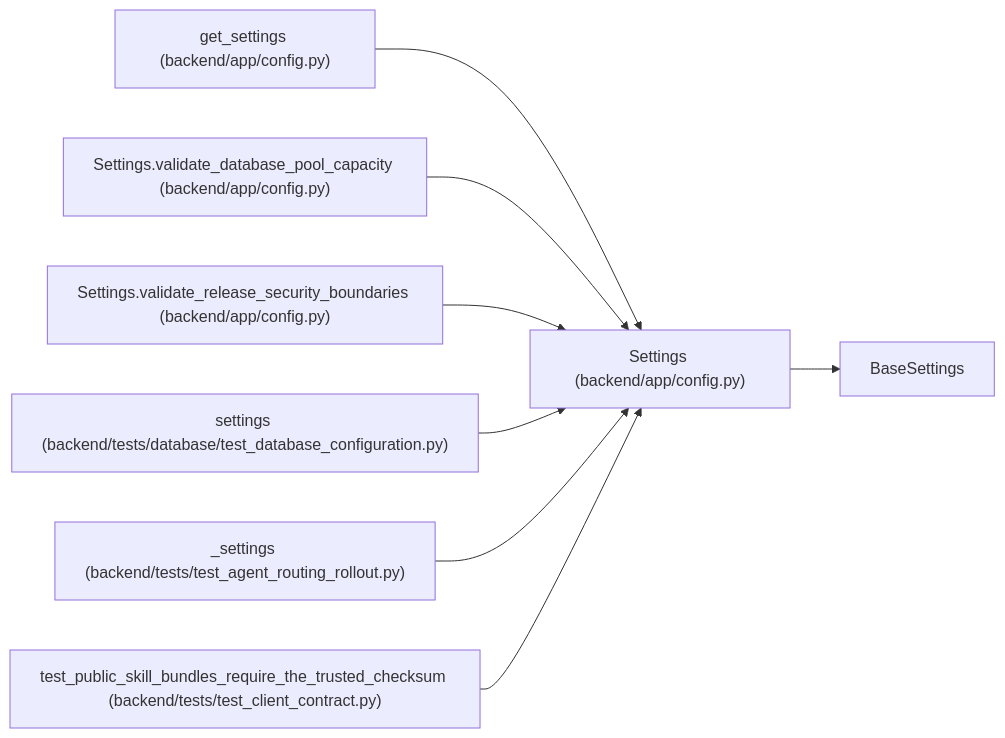
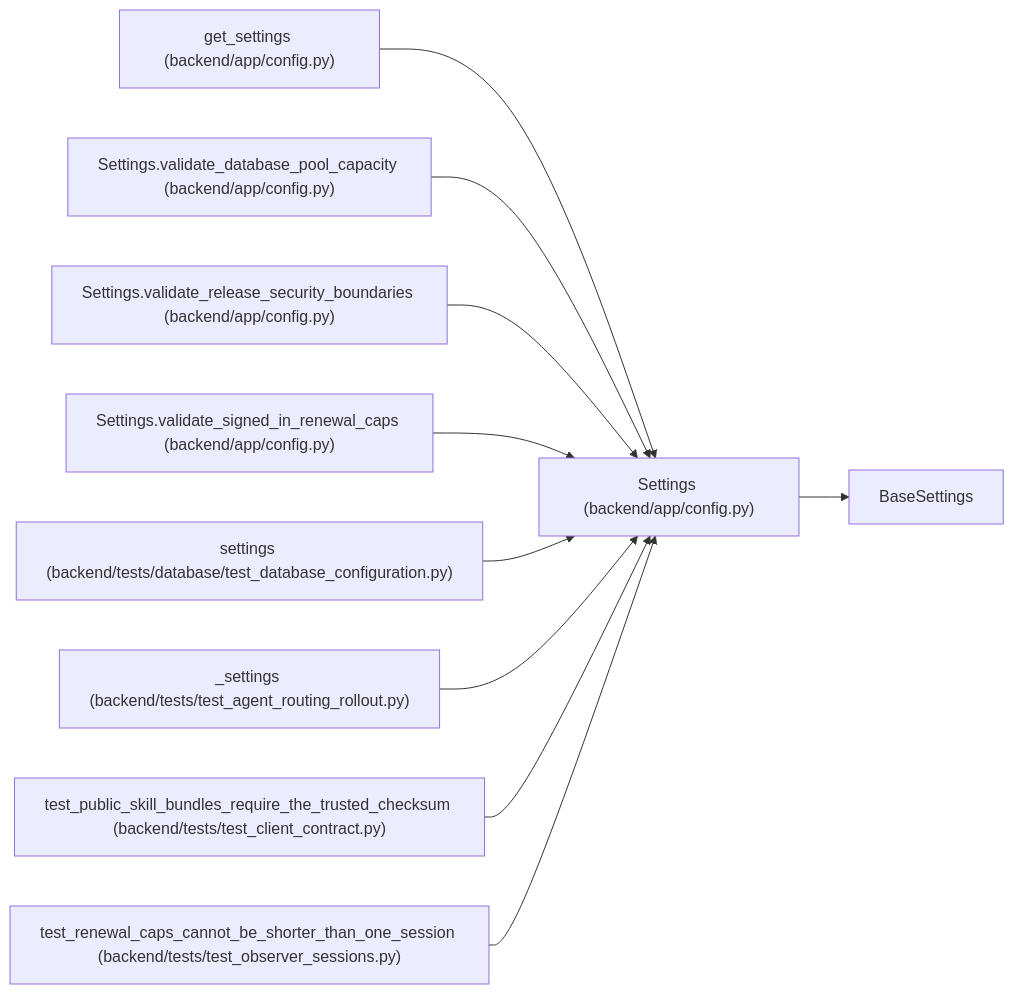
Before and after one commit to Denissvgn/WorkChord: the diagram in docs/llm_wiki/entities/Settings.md, drawn with Mermaid. The commit also changed other lines of this file and 1048 other files, not shown here.

Commit message:
docs(wiki): refresh for read-only observer sessions

````diff
--- a/docs/llm_wiki/entities/Settings.md
+++ b/docs/llm_wiki/entities/Settings.md
@@ -176,25 +183,31 @@
 ```mermaid
 flowchart LR
     n0["Settings (backend/app/config.py)"]
     n1["BaseSettings"]
     n2["get_settings (backend/app/config.py)"]
     n3["Settings.validate_database_pool_capacity (backend/app/config.py)"]
     n4["Settings.validate_release_security_boundaries (backend/app/config.py)"]
-    n5["settings (backend/tests/database/test_database_configuration.py)"]
-    n6["_settings (backend/tests/test_agent_routing_rollout.py)"]
-    n7["test_public_skill_bundles_require_the_trusted_checksum (backend/tests/test_client_contract.py)"]
+    n5["Settings.validate_signed_in_renewal_caps (backend/app/config.py)"]
+    n6["settings (backend/tests/database/test_database_configuration.py)"]
+    n7["_settings (backend/tests/test_agent_routing_rollout.py)"]
+    n8["test_public_skill_bundles_require_the_trusted_checksum (backend/tests/test_client_contract.py)"]
+    n9["test_renewal_caps_cannot_be_shorter_than_one_session (backend/tests/test_observer_sessions.py)"]
     n0 --> n1
     n2 --> n0
     n3 --> n0
     n4 --> n0
     n5 --> n0
     n6 --> n0
     n7 --> n0
+    n8 --> n0
+    n9 --> n0
     click n0 "../modules/config.md"
     click n2 "../modules/config.md"
     click n3 "../modules/config.md"
     click n4 "../modules/config.md"
-    click n5 "../modules/test_database_configuration.md"
-    click n6 "../modules/test_agent_routing_rollout.md"
-    click n7 "../modules/test_client_contract.md"
+    click n5 "../modules/config.md"
+    click n6 "../modules/test_database_configuration.md"
+    click n7 "../modules/test_agent_routing_rollout.md"
+    click n8 "../modules/test_client_contract.md"
+    click n9 "../modules/test_observer_sessions.md"
 ```
````
